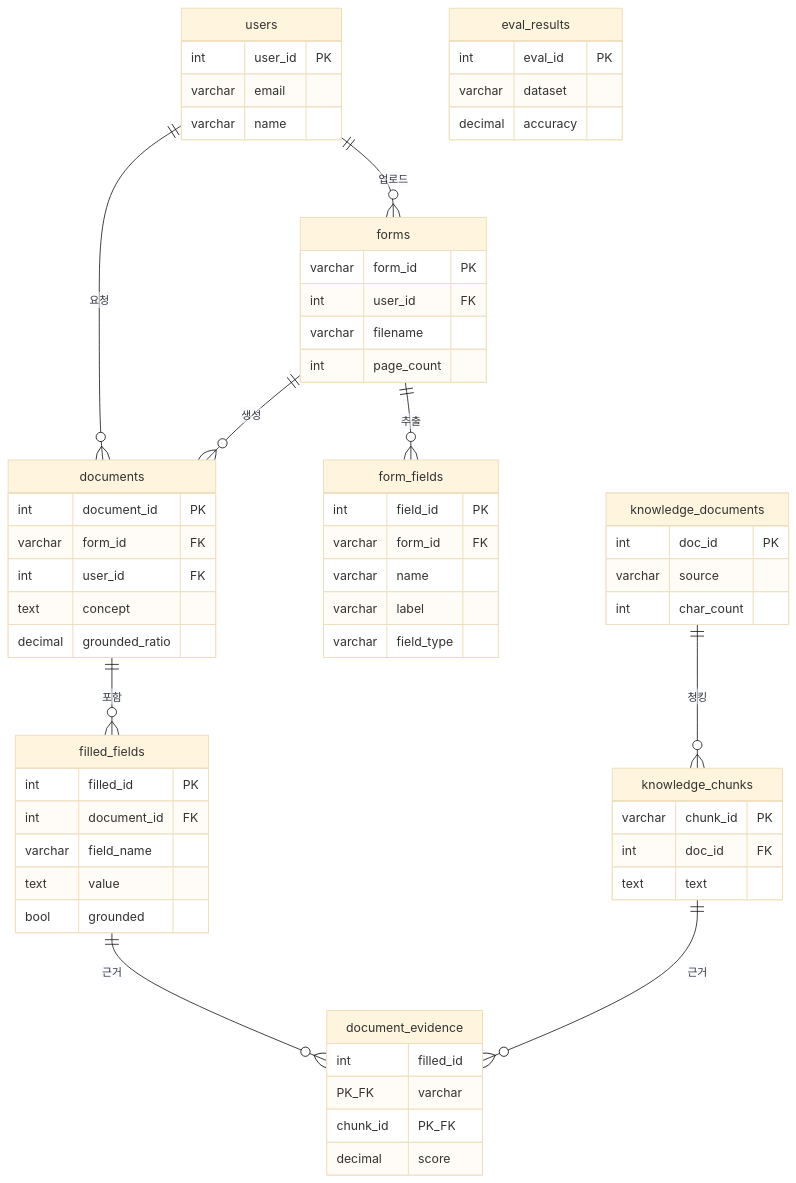
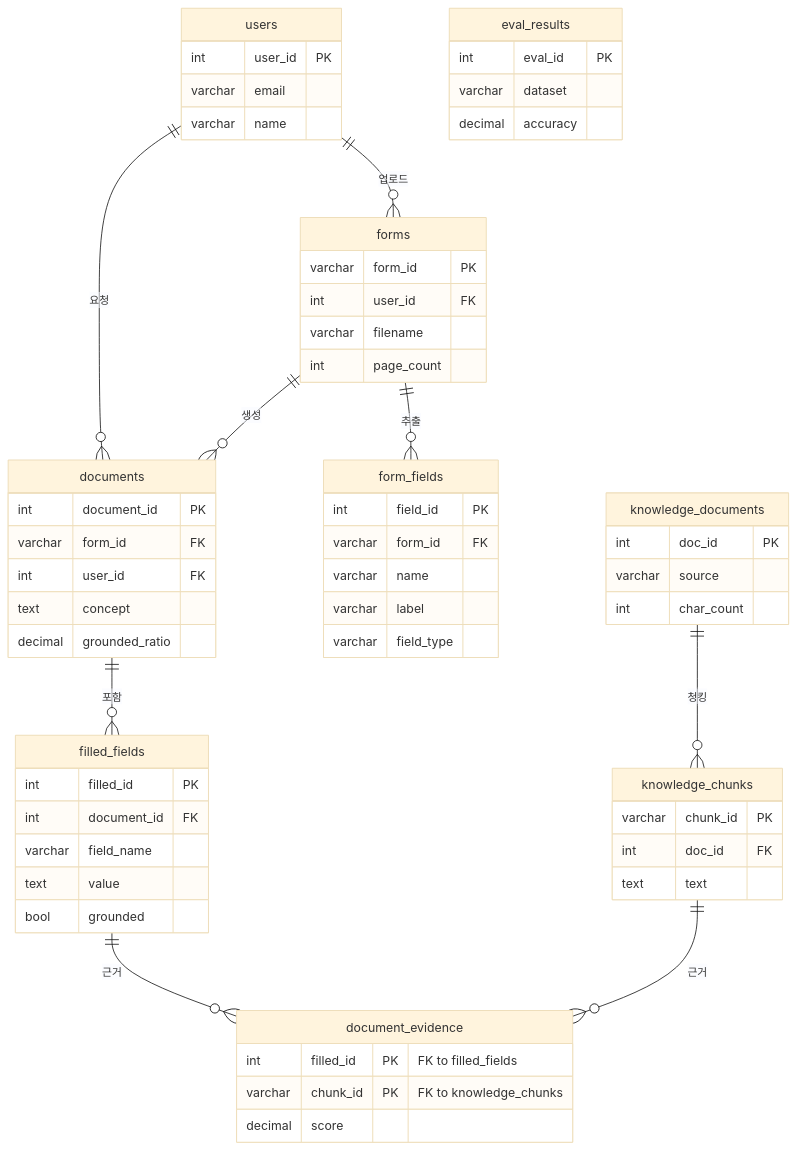
Before and after one commit to car216999/PDF_auto_maker: the diagram in docs/데이터베이스요구사항분석서.md, drawn with Mermaid (base theme). The commit also changed other lines of this file and 2 other files, not shown here.

Commit message:
docs: E-R Diagram PNG 추가 (Mermaid erDiagram 소스+렌더)
9개 엔티티·PK/FK·관계(crow's foot). DB 요구사항 분석서에 이미지 삽입.

````diff
--- a/docs/데이터베이스요구사항분석서.md
+++ b/docs/데이터베이스요구사항분석서.md
@@ -40,64 +42,64 @@
 ```mermaid
 erDiagram
     users ||--o{ forms : "업로드"
     users ||--o{ documents : "요청"
     forms ||--o{ form_fields : "추출"
     forms ||--o{ documents : "생성"
     documents ||--o{ filled_fields : "포함"
     knowledge_documents ||--o{ knowledge_chunks : "청킹"
     filled_fields ||--o{ document_evidence : "근거"
     knowledge_chunks ||--o{ document_evidence : "근거"
 
     users {
         int user_id PK
         varchar email
         varchar name
     }
     forms {
         varchar form_id PK
         int user_id FK
         varchar filename
         int page_count
     }
     form_fields {
         int field_id PK
         varchar form_id FK
         varchar name
         varchar label
         varchar field_type
     }
     knowledge_documents {
         int doc_id PK
         varchar source
         int char_count
     }
     knowledge_chunks {
         varchar chunk_id PK
         int doc_id FK
         text text
     }
     documents {
         int document_id PK
         varchar form_id FK
         int user_id FK
         text concept
         decimal grounded_ratio
     }
     filled_fields {
         int filled_id PK
         int document_id FK
         varchar field_name
         text value
         bool grounded
     }
     document_evidence {
-        int filled_id PK_FK
-        varchar chunk_id PK_FK
+        int filled_id PK "FK to filled_fields"
+        varchar chunk_id PK "FK to knowledge_chunks"
         decimal score
     }
     eval_results {
         int eval_id PK
         varchar dataset
         decimal accuracy
     }
 ```
````
